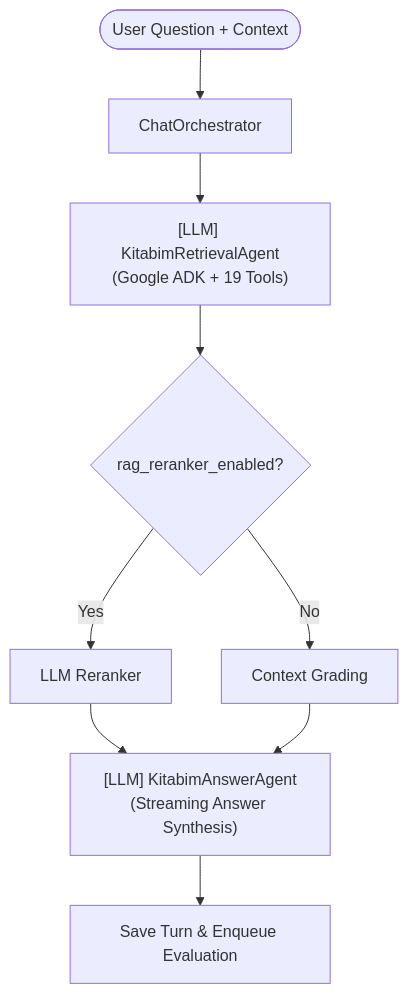
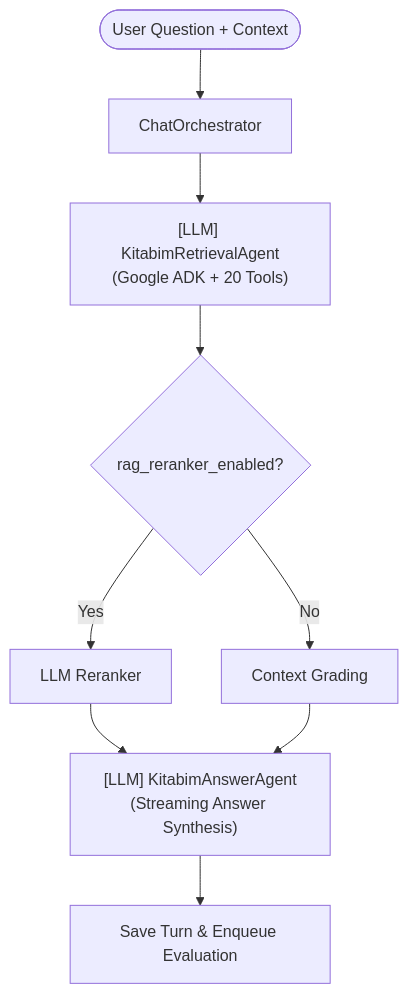
One commit to Kitabim-AI/kitabim-ai changed the third of 3 diagrams in README.md. Above: the diagram before and after it, drawn with Mermaid. The commit also changed other lines of this file and 20 other files, not shown here.

````diff
--- a/README.md
+++ b/README.md
@@ -163,11 +169,11 @@
 ```mermaid
 flowchart TD
     Q(["User Question + Context"]) --> ORCH["ChatOrchestrator"]
-    ORCH --> RET_AGENT["[LLM] KitabimRetrievalAgent<br/>(Google ADK + 19 Tools)"]
+    ORCH --> RET_AGENT["[LLM] KitabimRetrievalAgent<br/>(Google ADK + 20 Tools)"]
     RET_AGENT --> RERANK{"rag_reranker_enabled?"}
     RERANK -- Yes --> RR["LLM Reranker"]
     RERANK -- No --> GRADE["Context Grading"]
     RR --> ANS_AGENT
     GRADE --> ANS_AGENT["[LLM] KitabimAnswerAgent<br/>(Streaming Answer Synthesis)"]
     ANS_AGENT --> SAVE["Save Turn & Enqueue Evaluation"]
 ```
````
